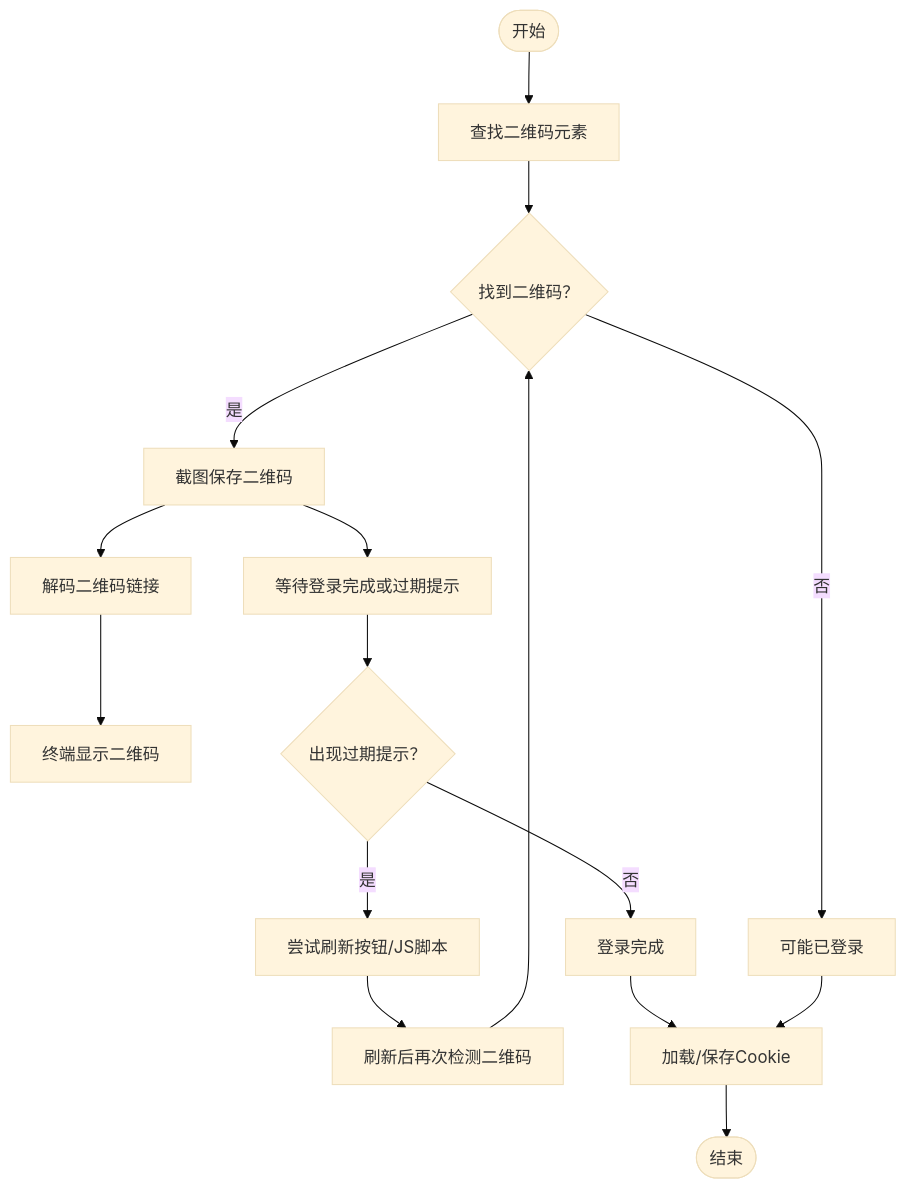
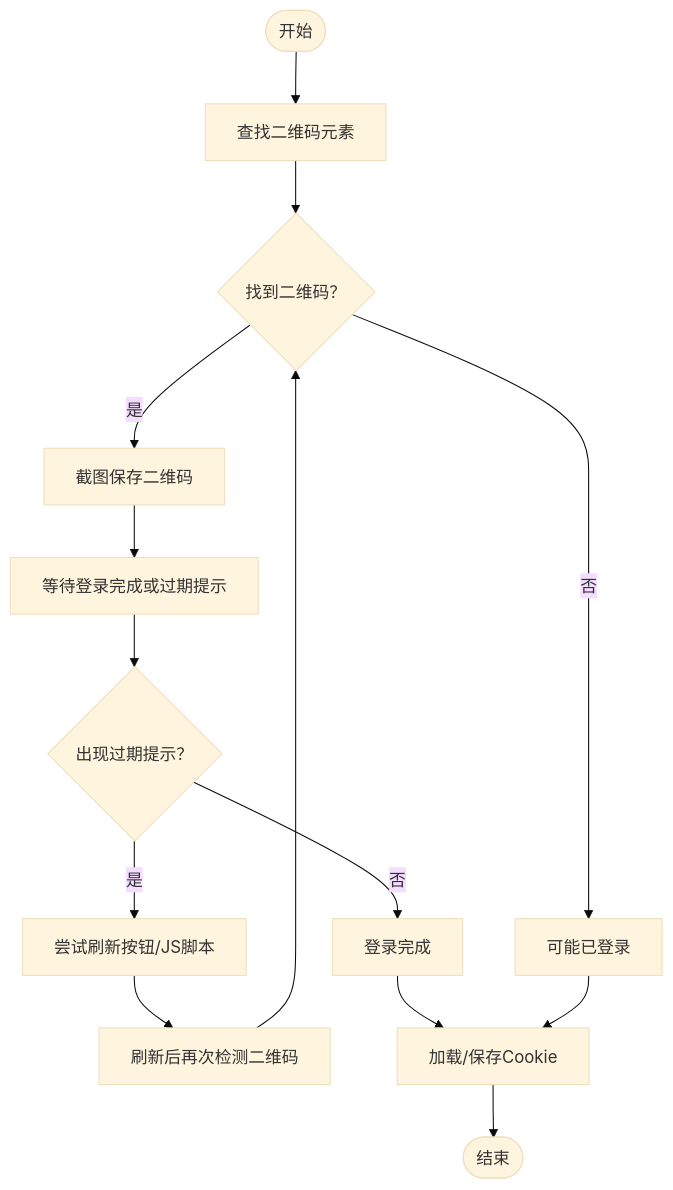
One commit to JiangLongLiu/weread-challenge-selenium changed the third of 7 diagrams in .qoder/repowiki/zh/content/核心功能详解/核心功能详解.md. Above: the diagram before and after it, drawn with Mermaid (base theme). The commit also changed other lines of this file and 7 other files, not shown here.

````diff
--- a/.qoder/repowiki/zh/content/核心功能详解/核心功能详解.md
+++ b/.qoder/repowiki/zh/content/核心功能详解/核心功能详解.md
@@ -137,18 +137,16 @@
 ```mermaid
 flowchart TD
 Start(["开始"]) --> DetectQR["查找二维码元素"]
 DetectQR --> Found{"找到二维码？"}
 Found --> |是| SaveQR["截图保存二维码"]
-SaveQR --> DecodeQR["解码二维码链接"]
-DecodeQR --> DisplayQR["终端显示二维码"]
 Found --> |否| AssumeLogin["可能已登录"]
 SaveQR --> WaitLogin["等待登录完成或过期提示"]
 WaitLogin --> Expired{"出现过期提示？"}
 Expired --> |是| Refresh["尝试刷新按钮/JS脚本"]
 Refresh --> PostRefresh["刷新后再次检测二维码"]
 PostRefresh --> Found
 Expired --> |否| LoginOK["登录完成"]
 LoginOK --> LoadSaveCookie["加载/保存Cookie"]
 AssumeLogin --> LoadSaveCookie
 LoadSaveCookie --> End(["结束"])
 ```
````
